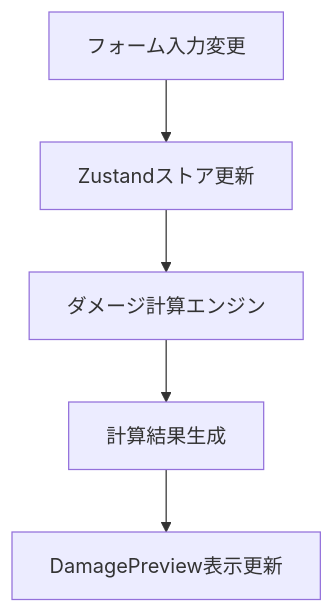
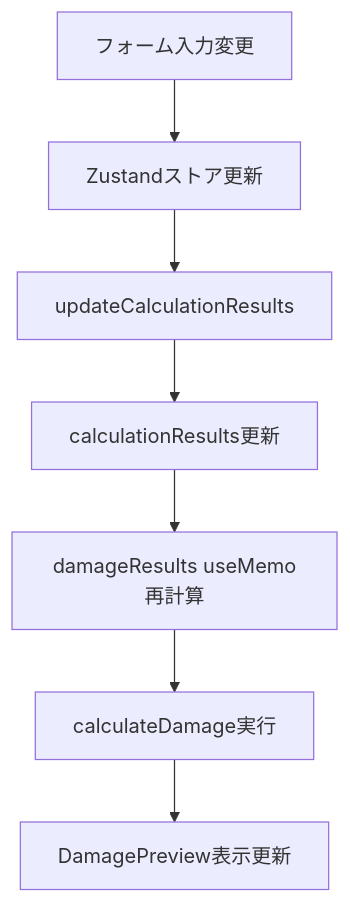
One commit to nukko-wq/toram-damage-calculator changed the first of 3 diagrams in docs/ui/damage-preview.md. Above: the diagram before and after it, drawn with Mermaid. The commit also changed other lines of this file and 3 other files, not shown here.

````diff
--- a/docs/ui/damage-preview.md
+++ b/docs/ui/damage-preview.md
@@ -148,7 +184,9 @@
 ```mermaid
 graph TD
     A[フォーム入力変更] --> B[Zustandストア更新]
-    B --> C[ダメージ計算エンジン]
-    C --> D[計算結果生成]
-    D --> E[DamagePreview表示更新]
+    B --> C[updateCalculationResults]
+    C --> D[calculationResults更新]
+    D --> E[damageResults useMemo再計算]
+    E --> F[calculateDamage実行]
+    F --> G[DamagePreview表示更新]
 ```
````
